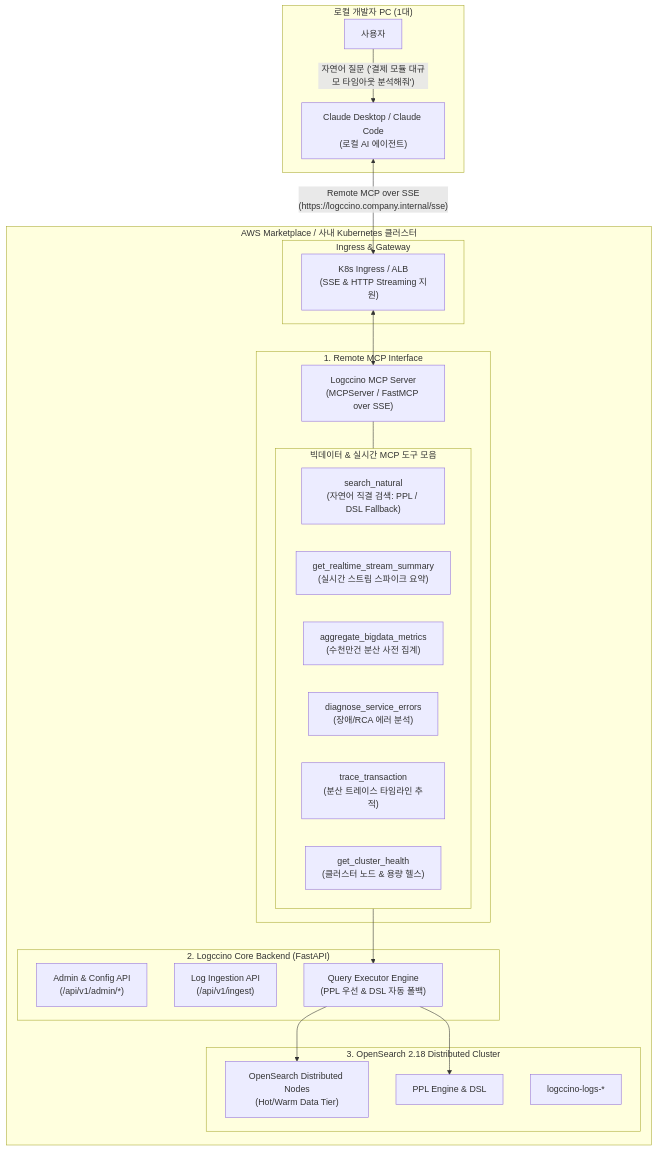
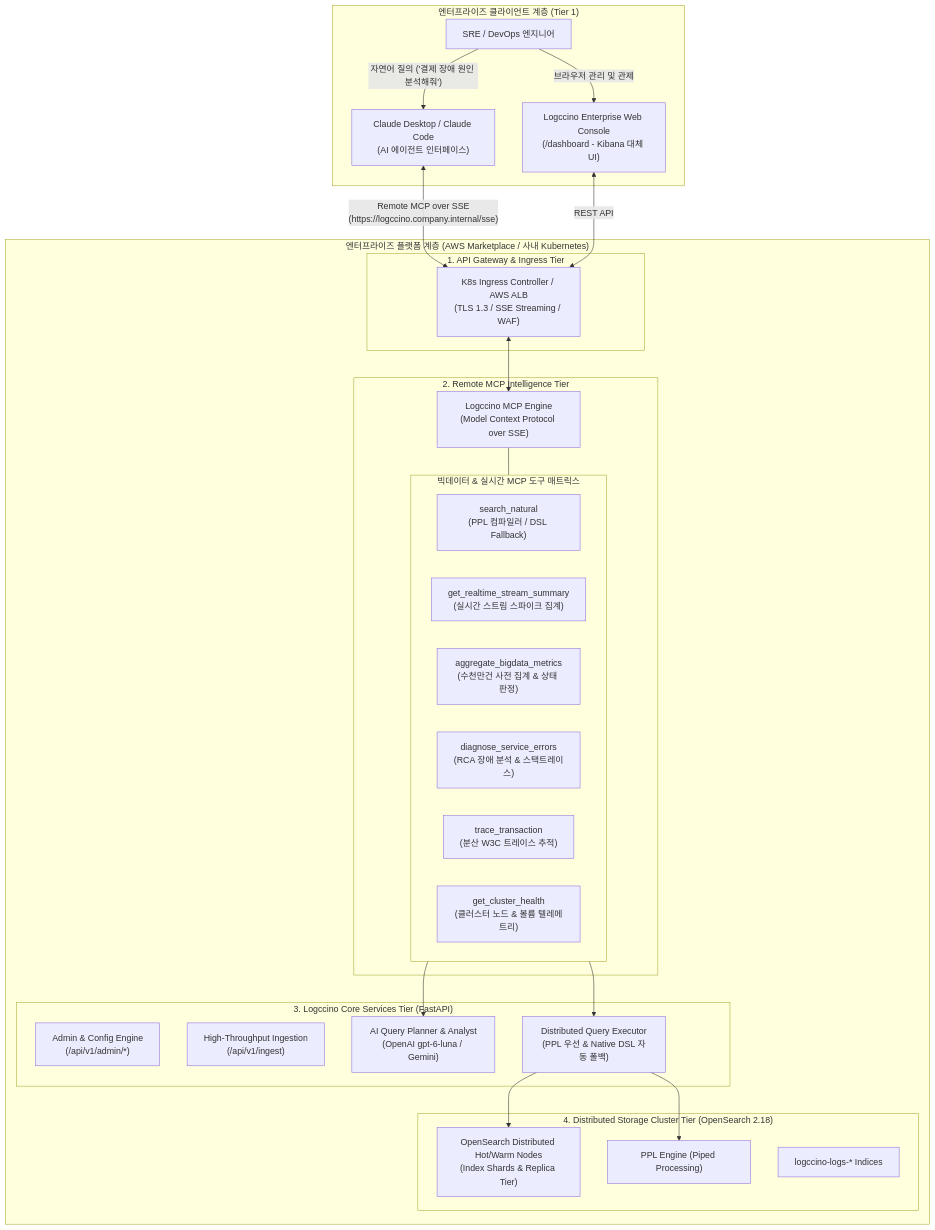
The diagram in docs/ARCHITECTURE.md (GamjaPower/logccino), drawn with Mermaid before and after one commit. The commit also changed other lines of this file and 7 other files, not shown here.

Commit message:
feat(enterprise): redesign UI for enterprise SRE observability and upgrade all docs prompts to enterprise standards

````diff
--- a/docs/ARCHITECTURE.md
+++ b/docs/ARCHITECTURE.md
@@ -9,47 +9,52 @@
 ```mermaid
 flowchart TD
-    subgraph ClientPC ["로컬 개발자 PC (1대)"]
-        User["사용자"]
-        Claude["Claude Desktop / Claude Code<br/>(로컬 AI 에이전트)"]
+    subgraph ClientTier ["엔터프라이즈 클라이언트 계층 (Tier 1)"]
+        User["SRE / DevOps 엔지니어"]
+        Claude["Claude Desktop / Claude Code<br/>(AI 에이전트 인터페이스)"]
+        WebUI["Logccino Enterprise Web Console<br/>(/dashboard - Kibana 대체 UI)"]
     end
 
-    subgraph CloudK8sPlatform ["AWS Marketplace / 사내 Kubernetes 클러스터"]
-        subgraph IngressLayer ["Ingress & Gateway"]
-            Ingress["K8s Ingress / ALB<br/>(SSE & HTTP Streaming 지원)"]
+    subgraph EnterprisePlatform ["엔터프라이즈 플랫폼 계층 (AWS Marketplace / 사내 Kubernetes)"]
+        subgraph GatewayTier ["1. API Gateway & Ingress Tier"]
+            Ingress["K8s Ingress Controller / AWS ALB<br/>(TLS 1.3 / SSE Streaming / WAF)"]
         end
 
-        subgraph MCPLayer ["1. Remote MCP Interface"]
-            MCPServer["Logccino MCP Server<br/>(MCPServer / FastMCP over SSE)"]
+        subgraph MCPServerTier ["2. Remote MCP Intelligence Tier"]
+            MCPServer["Logccino MCP Engine<br/>(Model Context Protocol over SSE)"]
             
-            subgraph MCPTools ["빅데이터 & 실시간 MCP 도구 모음"]
-                ToolSearchNat["search_natural<br/>(자연어 직결 검색: PPL / DSL Fallback)"]
-                ToolStream["get_realtime_stream_summary<br/>(실시간 스트림 스파이크 요약)"]
-                ToolBigData["aggregate_bigdata_metrics<br/>(수천만건 분산 사전 집계)"]
-                ToolDiag["diagnose_service_errors<br/>(장애/RCA 에러 분석)"]
-                ToolTrace["trace_transaction<br/>(분산 트레이스 타임라인 추적)"]
-                ToolHealth["get_cluster_health<br/>(클러스터 노드 & 용량 헬스)"]
+            subgraph ToolMatrix ["빅데이터 & 실시간 MCP 도구 매트릭스"]
+                ToolSearchNat["search_natural<br/>(PPL 컴파일러 / DSL Fallback)"]
+                ToolStream["get_realtime_stream_summary<br/>(실시간 스트림 스파이크 집계)"]
+                ToolBigData["aggregate_bigdata_metrics<br/>(수천만건 사전 집계 & 상태 판정)"]
+                ToolDiag["diagnose_service_errors<br/>(RCA 장애 분석 & 스택트레이스)"]
+                ToolTrace["trace_transaction<br/>(분산 W3C 트레이스 추적)"]
+                ToolHealth["get_cluster_health<br/>(클러스터 노드 & 볼륨 텔레메트리)"]
             end
         end
 
-        subgraph CoreBackend ["2. Logccino Core Backend (FastAPI)"]
-            AdminAPI["Admin & Config API<br/>(/api/v1/admin/*)"]
-            IngestAPI["Log Ingestion API<br/>(/api/v1/ingest)"]
-            QExecutor["Query Executor Engine<br/>(PPL 우선 & DSL 자동 폴백)"]
+        subgraph CoreBackendTier ["3. Logccino Core Services Tier (FastAPI)"]
+            AdminAPI["Admin & Config Engine<br/>(/api/v1/admin/*)"]
+            IngestAPI["High-Throughput Ingestion<br/>(/api/v1/ingest)"]
+            AIPlanner["AI Query Planner & Analyst<br/>(OpenAI gpt-6-luna / Gemini)"]
+            QExecutor["Distributed Query Executor<br/>(PPL 우선 & Native DSL 자동 폴백)"]
         end
 
-        subgraph StorageLayer ["3. OpenSearch 2.18 Distributed Cluster"]
-            OSNodes["OpenSearch Distributed Nodes<br/>(Hot/Warm Data Tier)"]
-            PPLPlugin["PPL Engine & DSL"]
-            IndexPattern["logccino-logs-*"]
+        subgraph StorageClusterTier ["4. Distributed Storage Cluster Tier (OpenSearch 2.18)"]
+            OSNodes["OpenSearch Distributed Hot/Warm Nodes<br/>(Index Shards & Replica Tier)"]
+            PPLPlugin["PPL Engine (Piped Processing)"]
+            Indices["logccino-logs-* Indices"]
         end
     end
 
-    %% 사용자 상호작용
-    User -->|"자연어 질문 ('결제 모듈 대규모 타임아웃 분석해줘')"| Claude
+    %% 상호 작용 흐름
+    User -->|"자연어 질의 ('결제 장애 원인 분석해줘')"| Claude
+    User -->|"브라우저 관리 및 관제"| WebUI
     Claude <-->|"Remote MCP over SSE<br/>(https://logccino.company.internal/sse)"| Ingress
+    WebUI <-->|"REST API"| Ingress
     Ingress <--> MCPServer
-    MCPServer --- MCPTools
-    MCPTools --> QExecutor
+    MCPServer --- ToolMatrix
+    ToolMatrix --> AIPlanner
+    ToolMatrix --> QExecutor
     QExecutor --> PPLPlugin
     QExecutor --> OSNodes
 ```
````
